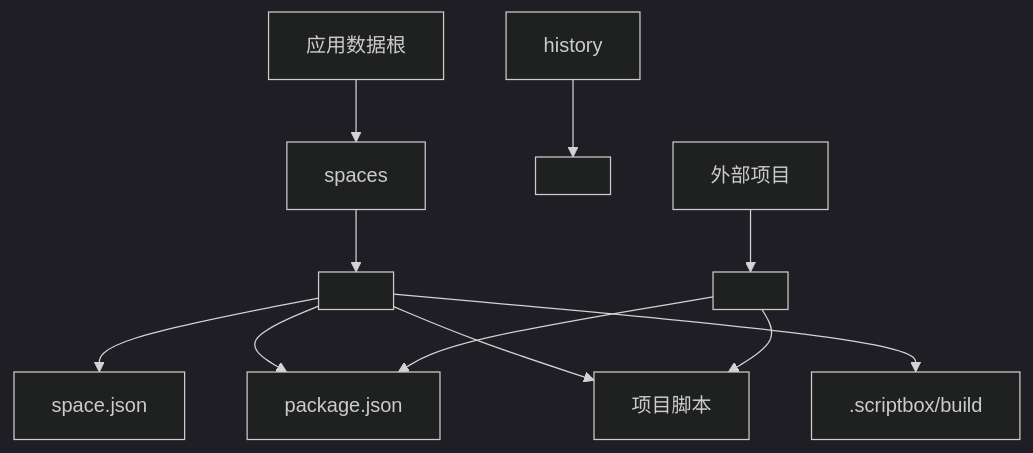
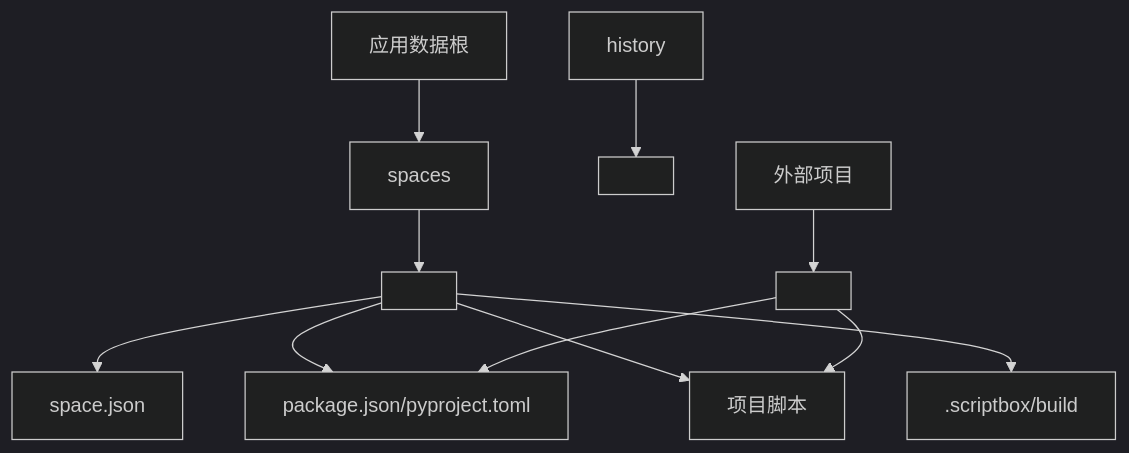
Diagram 12 of 13 in .qoder/repowiki/zh/content/核心服务层/Space 服务（项目空间管理）.md (hozeeee/script-box), drawn with Mermaid (dark theme) before and after one commit. The commit also changed other lines of this file and 6 other files, not shown here.

````diff
--- a/.qoder/repowiki/zh/content/核心服务层/Space 服务（项目空间管理）.md
+++ b/.qoder/repowiki/zh/content/核心服务层/Space 服务（项目空间管理）.md
@@ -444,13 +583,13 @@
 ```mermaid
 flowchart TD
 Root["应用数据根"] --> Spaces["spaces"]
 Spaces --> SpaceDir["<id>"]
 SpaceDir --> Meta["space.json"]
 SpaceDir --> Pkg["package.json"]
 SpaceDir --> Scripts["scripts"]
 SpaceDir --> Build[".scriptbox/build"]
 History["history"] --> HistDir["<spaceId>"]
 External["外部项目"] --> ProjectDir["<projectPath>"]
-ProjectDir --> Pkg["package.json"]
+ProjectDir --> Pkg["package.json/pyproject.toml"]
 ProjectDir --> Scripts["项目脚本"]
 ```
````
